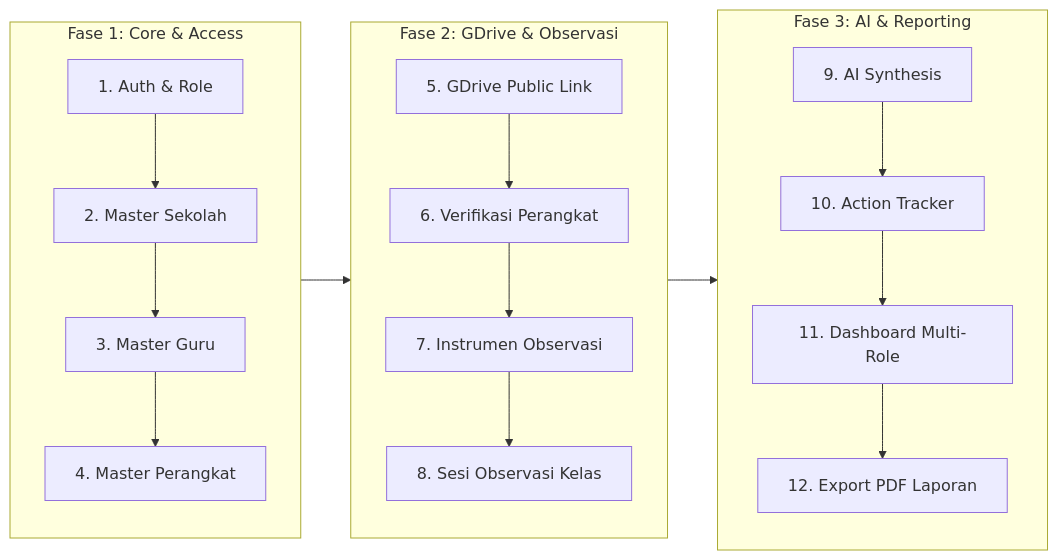
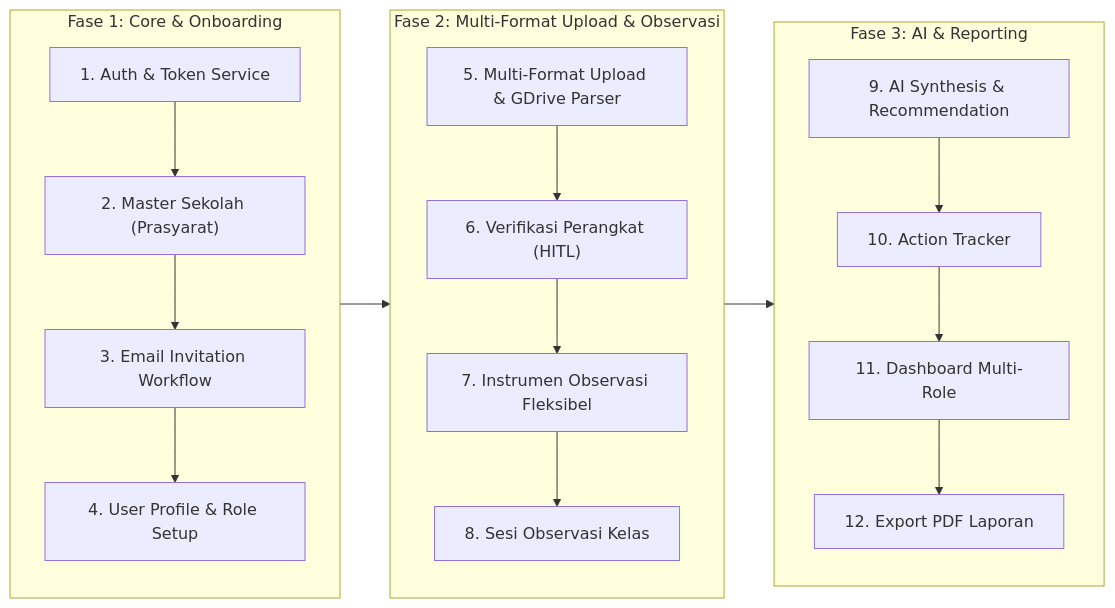
Before and after one commit to Hnzsama/supervisi_sekolah: the diagram in docs/10-panduan-implementasi.md, drawn with Mermaid. The commit also changed other lines of this file and 13 other files, not shown here.

Commit message:
docs: perbarui dokumentasi upload berkas multiformat dan alur pendaftaran user via email invitation

````diff
--- a/docs/10-panduan-implementasi.md
+++ b/docs/10-panduan-implementasi.md
@@ -7,22 +7,22 @@
 ```mermaid
 flowchart LR
-    subgraph PHASE1["Fase 1: Core & Access"]
-        P1["1. Auth & Role"] --> P2["2. Master Sekolah"]
-        P2 --> P3["3. Master Guru"]
-        P3 --> P4["4. Master Perangkat"]
+    subgraph PHASE1["Fase 1: Core & Onboarding"]
+        P1["1. Auth & Token Service"] --> P2["2. Master Sekolah (Prasyarat)"]
+        P2 --> P3["3. Email Invitation Workflow"]
+        P3 --> P4["4. User Profile & Role Setup"]
     end
 
-    subgraph PHASE2["Fase 2: GDrive & Observasi"]
-        P5["5. GDrive Public Link"] --> P6["6. Verifikasi Perangkat"]
-        P6 --> P7["7. Instrumen Observasi"]
+    subgraph PHASE2["Fase 2: Multi-Format Upload & Observasi"]
+        P5["5. Multi-Format Upload & GDrive Parser"] --> P6["6. Verifikasi Perangkat (HITL)"]
+        P6 --> P7["7. Instrumen Observasi Fleksibel"]
         P7 --> P8["8. Sesi Observasi Kelas"]
     end
 
     subgraph PHASE3["Fase 3: AI & Reporting"]
-        P9["9. AI Synthesis"] --> P10["10. Action Tracker"]
+        P9["9. AI Synthesis & Recommendation"] --> P10["10. Action Tracker"]
         P10 --> P11["11. Dashboard Multi-Role"]
         P11 --> P12["12. Export PDF Laporan"]
     end
 
     PHASE1 --> PHASE2 --> PHASE3
 ```
````
